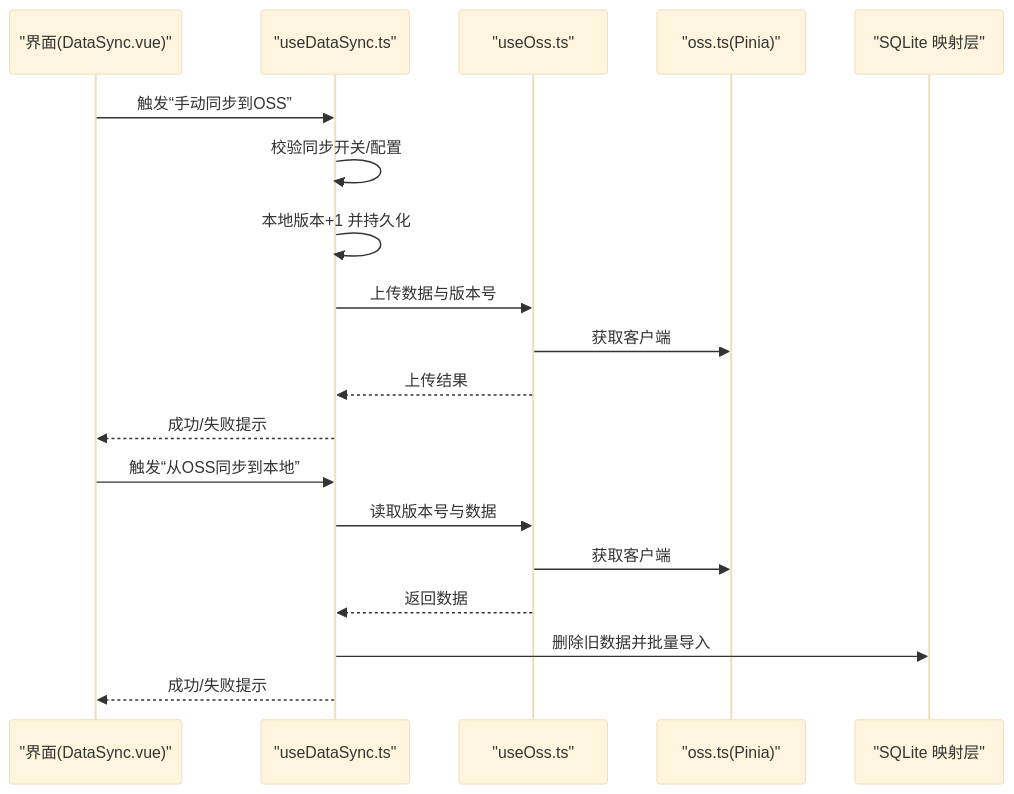
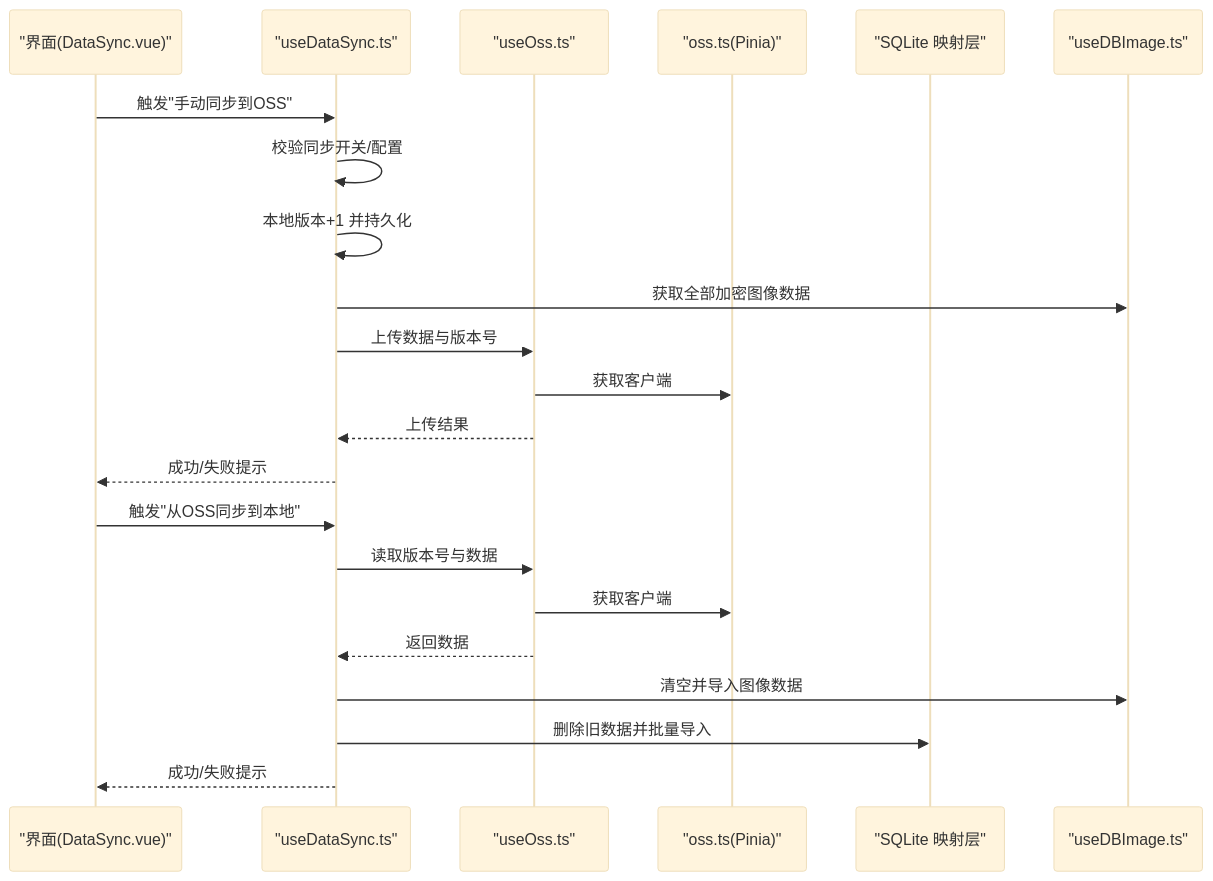
The second of 5 diagrams in .qoder/repowiki/zh/content/业务逻辑层/数据同步机制.md (scgithub3220216/password-manager), drawn with Mermaid (base theme) before and after one commit. The commit also changed other lines of this file and 9 other files, not shown here.

First line of the commit message:
feat(sync): 新增图像数据同步支持

````diff
--- a/.qoder/repowiki/zh/content/业务逻辑层/数据同步机制.md
+++ b/.qoder/repowiki/zh/content/业务逻辑层/数据同步机制.md
@@ -130,21 +142,24 @@
 ```mermaid
 sequenceDiagram
 participant UI as "界面(DataSync.vue)"
 participant Hook as "useDataSync.ts"
 participant OSS as "useOss.ts"
 participant Store as "oss.ts(Pinia)"
 participant DB as "SQLite 映射层"
-UI->>Hook : 触发“手动同步到OSS”
+participant ImageDB as "useDBImage.ts"
+UI->>Hook : 触发"手动同步到OSS"
 Hook->>Hook : 校验同步开关/配置
 Hook->>Hook : 本地版本+1 并持久化
+Hook->>ImageDB : 获取全部加密图像数据
 Hook->>OSS : 上传数据与版本号
 OSS->>Store : 获取客户端
 OSS-->>Hook : 上传结果
 Hook-->>UI : 成功/失败提示
-UI->>Hook : 触发“从OSS同步到本地”
+UI->>Hook : 触发"从OSS同步到本地"
 Hook->>OSS : 读取版本号与数据
 OSS->>Store : 获取客户端
 OSS-->>Hook : 返回数据
+Hook->>ImageDB : 清空并导入图像数据
 Hook->>DB : 删除旧数据并批量导入
 Hook-->>UI : 成功/失败提示
 ```
````
